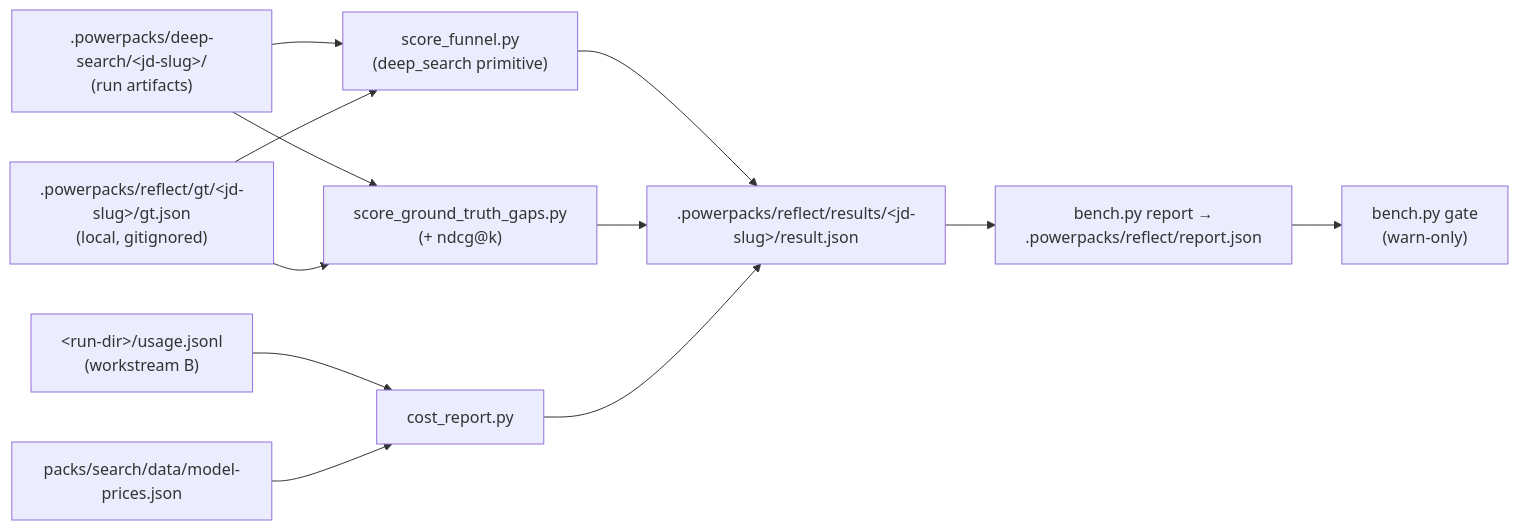
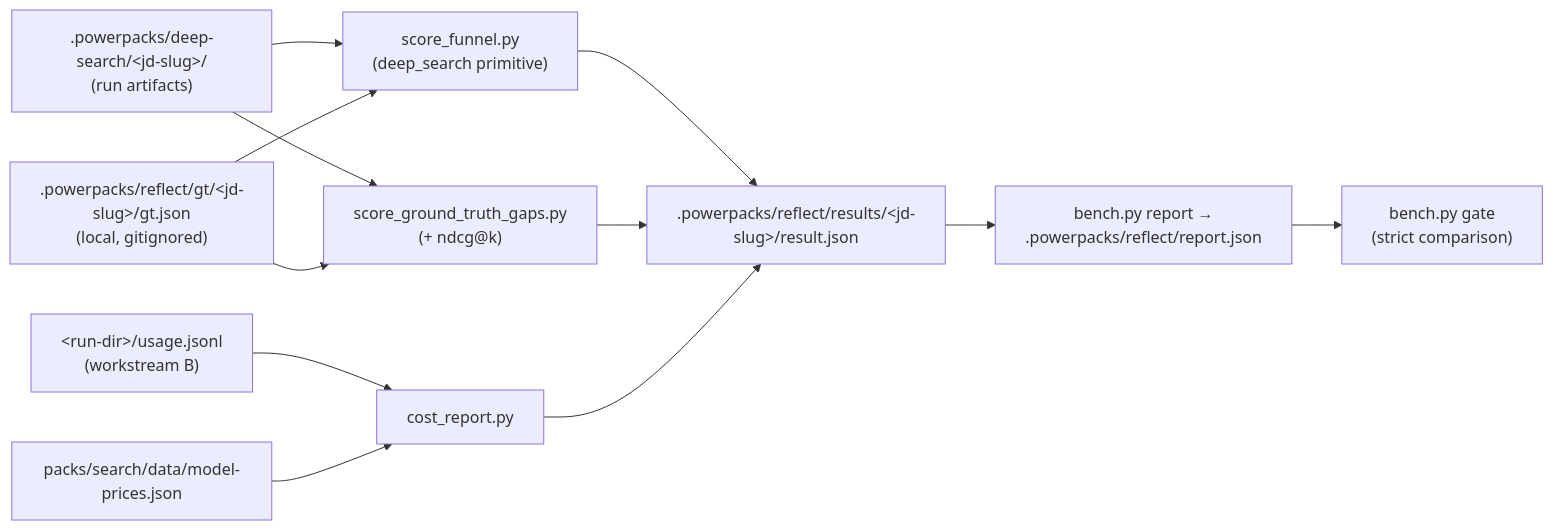
The diagram in packs/search/reflect/README.md (powerset-co/powerpacks), drawn with Mermaid before and after one commit. The commit also changed other lines of this file and 23 other files, not shown here.

````diff
--- a/packs/search/reflect/README.md
+++ b/packs/search/reflect/README.md
@@ -70,14 +173,14 @@
 ```mermaid
 flowchart LR
     RD[".powerpacks/deep-search/&lt;jd-slug&gt;/<br/>(run artifacts)"] --> SF["score_funnel.py<br/>(deep_search primitive)"]
     GT[".powerpacks/reflect/gt/&lt;jd-slug&gt;/gt.json<br/>(local, gitignored)"] --> SF
     RD --> GG["score_ground_truth_gaps.py<br/>(+ ndcg@k)"]
     GT --> GG
     UL["&lt;run-dir&gt;/usage.jsonl<br/>(workstream B)"] --> CR["cost_report.py"]
     MP["packs/search/data/model-prices.json"] --> CR
     SF --> RES[".powerpacks/reflect/results/&lt;jd-slug&gt;/result.json"]
     GG --> RES
     CR --> RES
     RES --> REP["bench.py report →<br/>.powerpacks/reflect/report.json"]
-    REP --> GATE["bench.py gate<br/>(warn-only)"]
+    REP --> GATE["bench.py gate<br/>(strict comparison)"]
 ```
````
